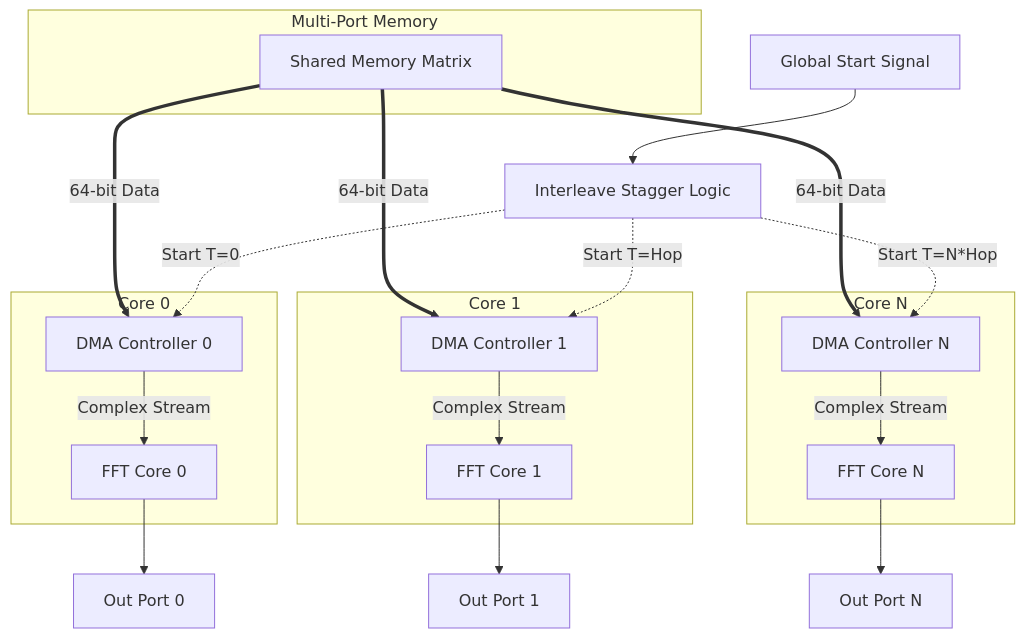
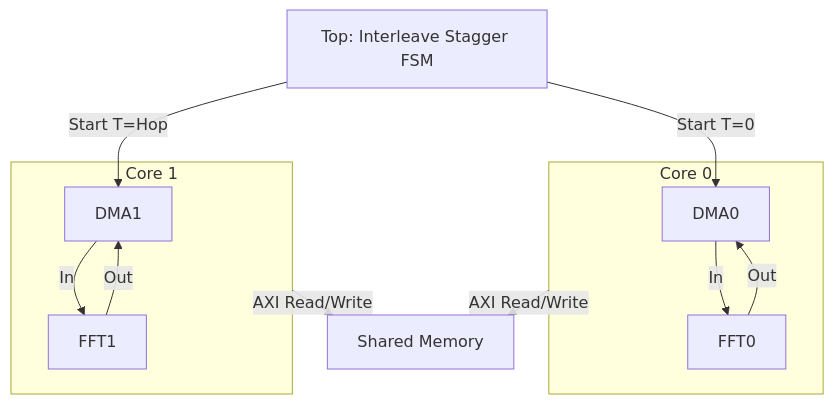
The diagram in README.md (pavan581/FFT_SystemC), drawn with Mermaid before and after one commit. The commit also changed other lines of this file and 27 other files, not shown here.

````diff
--- a/README.md
+++ b/README.md
@@ -59,32 +61,21 @@
 ```mermaid
-graph TD
-    Start[Global Start Signal] --> ControlLogic[Interleave Stagger Logic]
-    
-    subgraph Multi-Port Memory
-        Mem[Shared Memory Matrix]
-    end
+flowchart
 
-    subgraph Core 0
-        DMA0[DMA Controller 0] --> |Complex Stream| FFT0[FFT Core 0]
-    end
+ControlLogic[Top: Interleave Stagger FSM] 
+ControlLogic -->|Start T=0| DMA0
+ControlLogic -->|Start T=Hop| DMA1
 
-    subgraph Core 1
-        DMA1[DMA Controller 1] --> |Complex Stream| FFT1[FFT Core 1]
-    end
+subgraph s1["Core 0"]
+		DMA0 -->|"In"| FFT0
+        FFT0 -->|"Out"| DMA0
+end
 
-    subgraph Core N
-        DMAN[DMA Controller N] --> |Complex Stream| FFTN[FFT Core N]
-    end
+subgraph s2["Core 1"]
+		DMA1 -->|"In"| FFT1
+        FFT1 -->|"Out"| DMA1
+end
 
-    Mem ===> |64-bit Data| DMA0
-    Mem ===> |64-bit Data| DMA1
-    Mem ===> |64-bit Data| DMAN
-
-    ControlLogic -.-> |Start T=0| DMA0
-    ControlLogic -.-> |Start T=Hop| DMA1
-    ControlLogic -.-> |Start T=N*Hop| DMAN
-    
-    FFT0 --> Out0[Out Port 0]
-    FFT1 --> Out1[Out Port 1]
-    FFTN --> OutN[Out Port N]
+mem["Shared Memory"]
+s1 -->|"AXI Read/Write"| mem
+s2 -->|"AXI Read/Write"| mem
 ```
````
